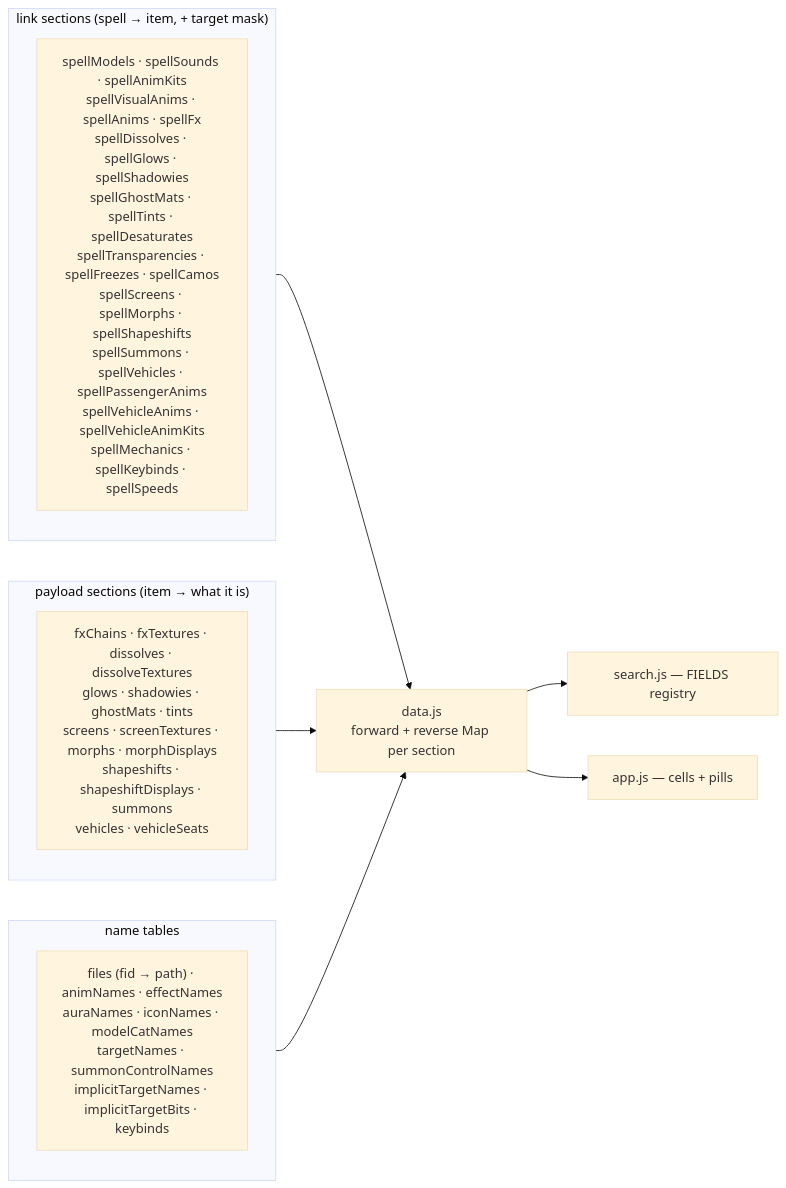
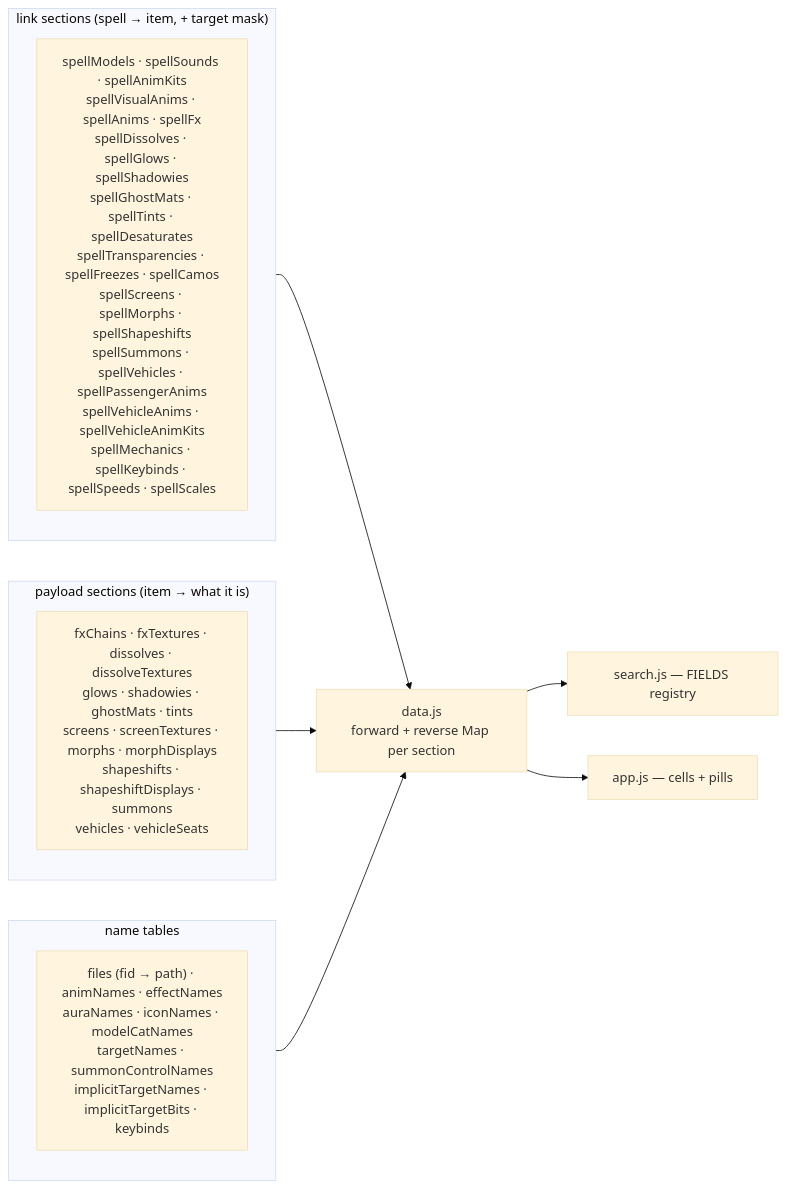
Before and after one commit to Natans8/Epsilook: diagram 15 of 16 in DATA_ROUTES.md, drawn with Mermaid (base theme). The commit also changed other lines of this file, not shown here.

````diff
--- a/DATA_ROUTES.md
+++ b/DATA_ROUTES.md
@@ -748,17 +776,17 @@
 ```mermaid
 flowchart LR
   subgraph LINK["link sections (spell → item, + target mask)"]
-    L1["spellModels · spellSounds · spellAnimKits<br/>spellVisualAnims · spellAnims · spellFx<br/>spellDissolves · spellGlows · spellShadowies<br/>spellGhostMats · spellTints · spellDesaturates<br/>spellTransparencies · spellFreezes · spellCamos<br/>spellScreens · spellMorphs · spellShapeshifts<br/>spellSummons · spellVehicles · spellPassengerAnims<br/>spellVehicleAnims · spellVehicleAnimKits<br/>spellMechanics · spellKeybinds · spellSpeeds"]
+    L1["spellModels · spellSounds · spellAnimKits<br/>spellVisualAnims · spellAnims · spellFx<br/>spellDissolves · spellGlows · spellShadowies<br/>spellGhostMats · spellTints · spellDesaturates<br/>spellTransparencies · spellFreezes · spellCamos<br/>spellScreens · spellMorphs · spellShapeshifts<br/>spellSummons · spellVehicles · spellPassengerAnims<br/>spellVehicleAnims · spellVehicleAnimKits<br/>spellMechanics · spellKeybinds · spellSpeeds · spellScales"]
   end
   subgraph PAY["payload sections (item → what it is)"]
     P1["fxChains · fxTextures · dissolves · dissolveTextures<br/>glows · shadowies · ghostMats · tints<br/>screens · screenTextures · morphs · morphDisplays<br/>shapeshifts · shapeshiftDisplays · summons<br/>vehicles · vehicleSeats"]
   end
   subgraph NAME["name tables"]
     N1["files (fid → path) · animNames · effectNames<br/>auraNames · iconNames · modelCatNames<br/>targetNames · summonControlNames<br/>implicitTargetNames · implicitTargetBits · keybinds"]
   end
   LINK --> IDX["data.js<br/>forward + reverse Map per section"]
   PAY --> IDX
   NAME --> IDX
   IDX --> Q["search.js — FIELDS registry"]
   IDX --> R["app.js — cells + pills"]
 ```
````
